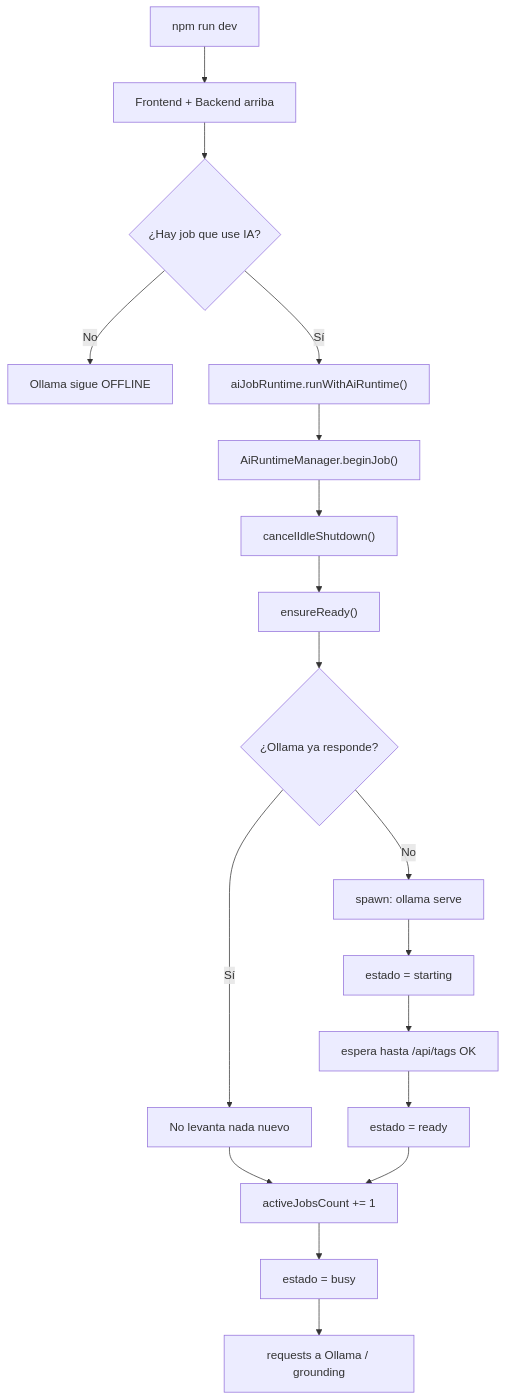
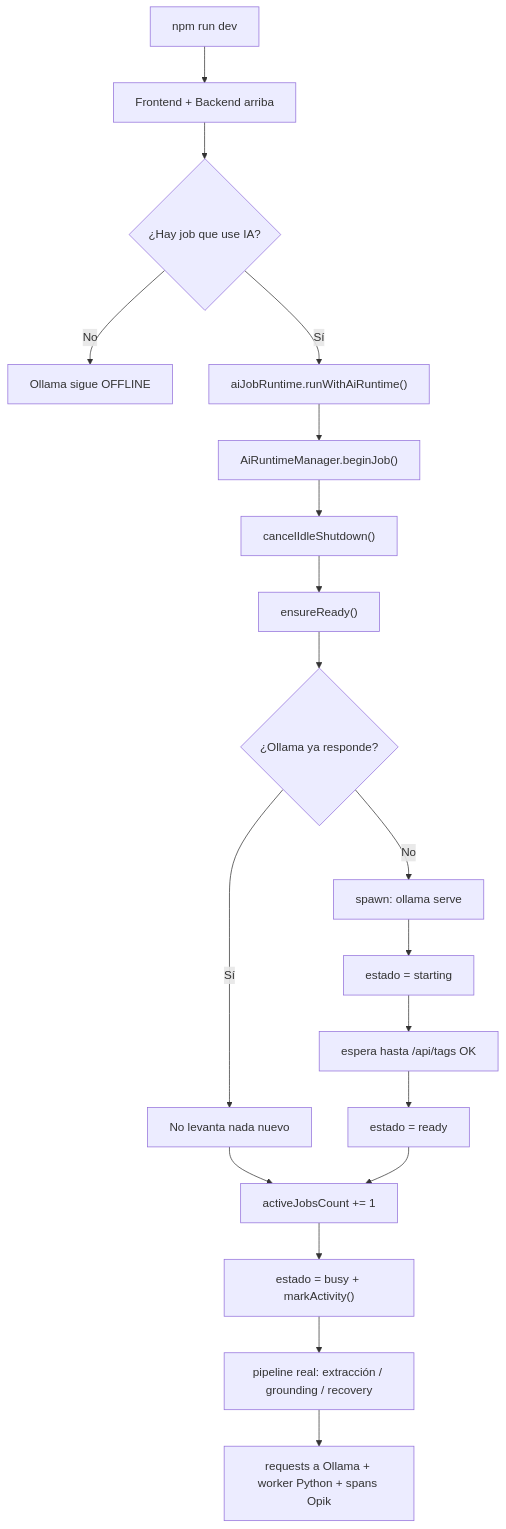
One commit to Luis-Leonidas-Fernandez/video-summary changed the first of 8 diagrams in docs/ai-runtime-lifecycle.md. Above: the diagram before and after it, drawn with Mermaid. The commit also changed other lines of this file, not shown here.

Commit message:
docs: update runtime lifecycle flow

````diff
--- a/docs/ai-runtime-lifecycle.md
+++ b/docs/ai-runtime-lifecycle.md
@@ -12,20 +24,21 @@
 ```mermaid
 flowchart TD
     A["npm run dev"] --> B["Frontend + Backend arriba"]
     B --> C{"¿Hay job que use IA?"}
     C -- "No" --> D["Ollama sigue OFFLINE"]
     C -- "Sí" --> E["aiJobRuntime.runWithAiRuntime()"]
     E --> F["AiRuntimeManager.beginJob()"]
     F --> G["cancelIdleShutdown()"]
     G --> H["ensureReady()"]
     H --> I{"¿Ollama ya responde?"}
     I -- "Sí" --> J["No levanta nada nuevo"]
     I -- "No" --> K["spawn: ollama serve"]
     K --> L["estado = starting"]
     L --> M["espera hasta /api/tags OK"]
     M --> N["estado = ready"]
     J --> O["activeJobsCount += 1"]
     N --> O
-    O --> P["estado = busy"]
-    P --> Q["requests a Ollama / grounding"]
+    O --> P["estado = busy + markActivity()"]
+    P --> Q["pipeline real: extracción / grounding / recovery"]
+    Q --> R["requests a Ollama + worker Python + spans Opik"]
 ```
````
